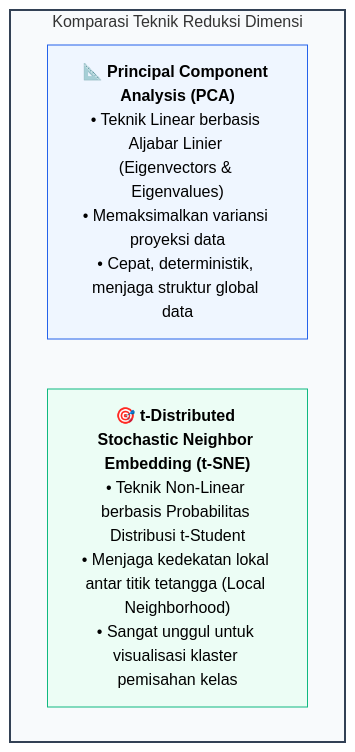
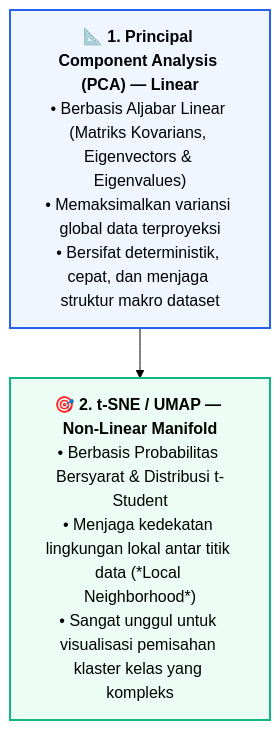
Before and after one commit to mahendaruui/Perkuliahan: the first of 2 diagrams in docs/visualisasi-data/12-visualisasi-ai-machine-learning.md, drawn with Mermaid (forest theme). The commit also changed other lines of this file and 15 other files, not shown here.

Commit message:
refactor: update and standardize mermaid diagrams across all documentation modules

````diff
--- a/docs/visualisasi-data/12-visualisasi-ai-machine-learning.md
+++ b/docs/visualisasi-data/12-visualisasi-ai-machine-learning.md
@@ -17,12 +17,8 @@
 ```mermaid
 flowchart TD
-    subgraph Metode["Komparasi Teknik Reduksi Dimensi"]
-        PCA["📐 <b>Principal Component Analysis (PCA)</b><br>• Teknik Linear berbasis Aljabar Linier (Eigenvectors & Eigenvalues)<br>• Memaksimalkan variansi proyeksi data<br>• Cepat, deterministik, menjaga struktur global data"]
-        
-        TSNE["🎯 <b>t-Distributed Stochastic Neighbor Embedding (t-SNE)</b><br>• Teknik Non-Linear berbasis Probabilitas Distribusi t-Student<br>• Menjaga kedekatan lokal antar titik tetangga (Local Neighborhood)<br>• Sangat unggul untuk visualisasi klaster pemisahan kelas"]
-    end
+    PCA["📐 <b>1. Principal Component Analysis (PCA) — Linear</b><br>• Berbasis Aljabar Linear (Matriks Kovarians, Eigenvectors & Eigenvalues)<br>• Memaksimalkan variansi global data terproyeksi<br>• Bersifat deterministik, cepat, dan menjaga struktur makro dataset"]
+    --> TSNE["🎯 <b>2. t-SNE / UMAP — Non-Linear Manifold</b><br>• Berbasis Probabilitas Bersyarat & Distribusi t-Student<br>• Menjaga kedekatan lingkungan lokal antar titik data (*Local Neighborhood*)<br>• Sangat unggul untuk visualisasi pemisahan klaster kelas yang kompleks"]
 
-    style Metode fill:#f8fafc,stroke:#334155,stroke-width:2px
-    style PCA fill:#eff6ff,stroke:#2563eb,stroke-width:1px
-    style TSNE fill:#ecfdf5,stroke:#10b981,stroke-width:1px
+    style PCA fill:#eff6ff,stroke:#2563eb,stroke-width:2px
+    style TSNE fill:#ecfdf5,stroke:#10b981,stroke-width:2px
 ```
````
